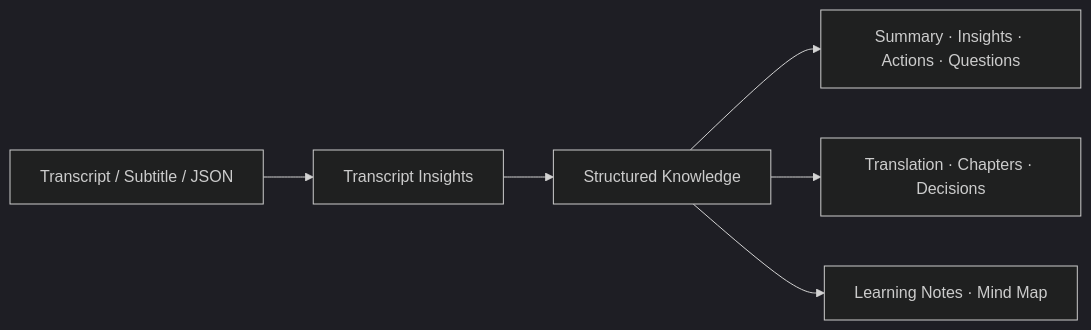
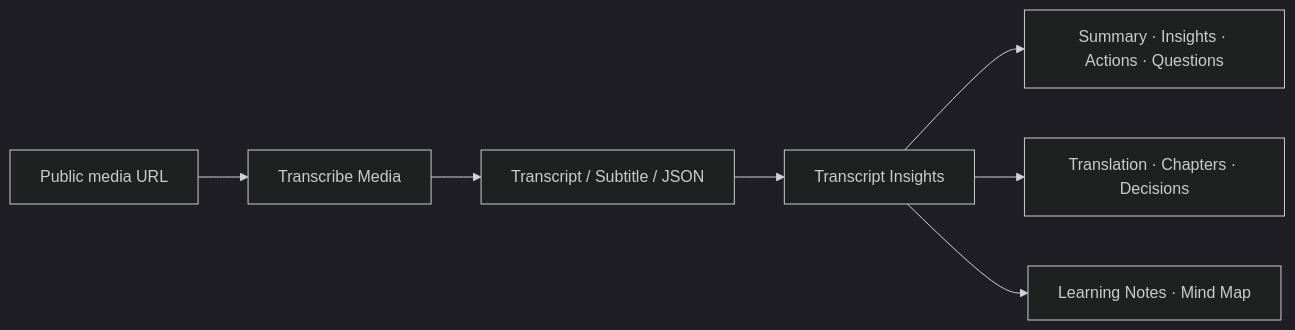
The diagram in README.md (VideoTranscriberAI/videotranscriber-skills), drawn with Mermaid (dark theme) before and after one commit. The commit also changed other lines of this file and 13 other files, not shown here.

Commit message:
feat add transcribe media skill

````diff
--- a/README.md
+++ b/README.md
@@ -33,8 +46,9 @@
 ```mermaid
 flowchart LR
-    A["Transcript / Subtitle / JSON"] --> B["Transcript Insights"]
-    B --> C["Structured Knowledge"]
-    C --> D["Summary · Insights · Actions · Questions"]
-    C --> E["Translation · Chapters · Decisions"]
-    C --> F["Learning Notes · Mind Map"]
+    A["Public media URL"] --> B["Transcribe Media"]
+    B --> C["Transcript / Subtitle / JSON"]
+    C --> D["Transcript Insights"]
+    D --> E["Summary · Insights · Actions · Questions"]
+    D --> F["Translation · Chapters · Decisions"]
+    D --> G["Learning Notes · Mind Map"]
 ```
````
